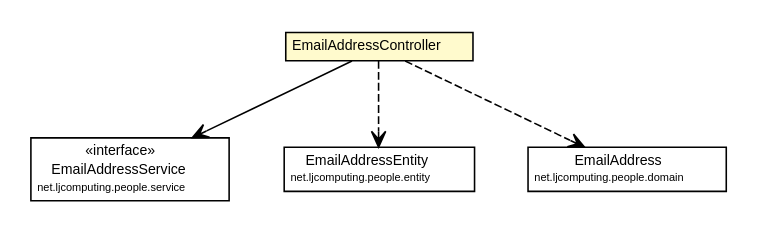
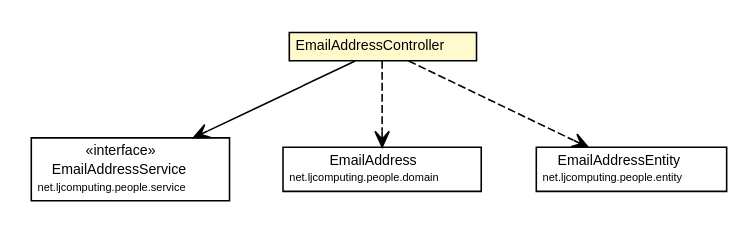
The diagram in net.ljcomputing.people-web/docs/javadoc/apidocs/net/ljcomputing/people/web/controller/EmailAddressController.dot (willmorejg/net.ljcomputing.ecsr), drawn with Graphviz before and after one commit. The commit also changed 252 other files, not shown here.

```diff
--- a/net.ljcomputing.people-web/docs/javadoc/apidocs/net/ljcomputing/people/web/controller/EmailAddressController.dot
+++ b/net.ljcomputing.people-web/docs/javadoc/apidocs/net/ljcomputing/people/web/controller/EmailAddressController.dot
@@ -1,46 +1,46 @@
 #!/usr/local/bin/dot
 #
 # Class diagram 
 # Generated by UMLGraph version R5_6 (http://www.umlgraph.org/)
 #
 
 digraph G {
 	edge [fontname="Helvetica",fontsize=10,labelfontname="Helvetica",labelfontsize=10];
 	node [fontname="Helvetica",fontsize=10,shape=plaintext];
 	nodesep=0.25;
 	ranksep=0.5;
 	// net.ljcomputing.people.web.controller.EmailAddressController
 	c96 [label=<<table title="net.ljcomputing.people.web.controller.EmailAddressController" border="0" cellborder="1" cellspacing="0" cellpadding="2" port="p" bgcolor="lemonChiffon" href="./EmailAddressController.html">
 		<tr><td><table border="0" cellspacing="0" cellpadding="1">
 <tr><td align="center" balign="center"> EmailAddressController </td></tr>
 		</table></td></tr>
 		</table>>, URL="./EmailAddressController.html", fontname="Helvetica", fontcolor="black", fontsize=9.0];
 	// net.ljcomputing.people.web.controller.EmailAddressController NAVASSOC net.ljcomputing.people.service.EmailAddressService
 	c96:p -> c103:p [taillabel="", label="", headlabel="", fontname="Helvetica", fontcolor="black", fontsize=10.0, color="black", arrowhead=open];
+	// net.ljcomputing.people.web.controller.EmailAddressController DEPEND net.ljcomputing.people.domain.EmailAddress
+	c96:p -> c105:p [taillabel="", label="", headlabel="", fontname="Helvetica", fontcolor="black", fontsize=10.0, color="black", arrowhead=open, style=dashed];
 	// net.ljcomputing.people.web.controller.EmailAddressController DEPEND net.ljcomputing.people.entity.EmailAddressEntity
-	c96:p -> c106:p [taillabel="", label="", headlabel="", fontname="Helvetica", fontcolor="black", fontsize=10.0, color="black", arrowhead=open, style=dashed];
-	// net.ljcomputing.people.web.controller.EmailAddressController DEPEND net.ljcomputing.people.domain.EmailAddress
 	c96:p -> c108:p [taillabel="", label="", headlabel="", fontname="Helvetica", fontcolor="black", fontsize=10.0, color="black", arrowhead=open, style=dashed];
 	// net.ljcomputing.people.domain.EmailAddress
-	c108 [label=<<table title="net.ljcomputing.people.domain.EmailAddress" border="0" cellborder="1" cellspacing="0" cellpadding="2" port="p">
+	c105 [label=<<table title="net.ljcomputing.people.domain.EmailAddress" border="0" cellborder="1" cellspacing="0" cellpadding="2" port="p">
 		<tr><td><table border="0" cellspacing="0" cellpadding="1">
 <tr><td align="center" balign="center"> EmailAddress </td></tr>
 <tr><td align="center" balign="center"><font point-size="7.0"> net.ljcomputing.people.domain </font></td></tr>
 		</table></td></tr>
 		</table>>, URL="null", fontname="Helvetica", fontcolor="black", fontsize=9.0];
 	// net.ljcomputing.people.service.EmailAddressService
 	c103 [label=<<table title="net.ljcomputing.people.service.EmailAddressService" border="0" cellborder="1" cellspacing="0" cellpadding="2" port="p">
 		<tr><td><table border="0" cellspacing="0" cellpadding="1">
 <tr><td align="center" balign="center"> &#171;interface&#187; </td></tr>
 <tr><td align="center" balign="center"> EmailAddressService </td></tr>
 <tr><td align="center" balign="center"><font point-size="7.0"> net.ljcomputing.people.service </font></td></tr>
 		</table></td></tr>
 		</table>>, URL="null", fontname="Helvetica", fontcolor="black", fontsize=9.0];
 	// net.ljcomputing.people.entity.EmailAddressEntity
-	c106 [label=<<table title="net.ljcomputing.people.entity.EmailAddressEntity" border="0" cellborder="1" cellspacing="0" cellpadding="2" port="p">
+	c108 [label=<<table title="net.ljcomputing.people.entity.EmailAddressEntity" border="0" cellborder="1" cellspacing="0" cellpadding="2" port="p">
 		<tr><td><table border="0" cellspacing="0" cellpadding="1">
 <tr><td align="center" balign="center"> EmailAddressEntity </td></tr>
 <tr><td align="center" balign="center"><font point-size="7.0"> net.ljcomputing.people.entity </font></td></tr>
 		</table></td></tr>
 		</table>>, URL="null", fontname="Helvetica", fontcolor="black", fontsize=9.0];
 }
```
